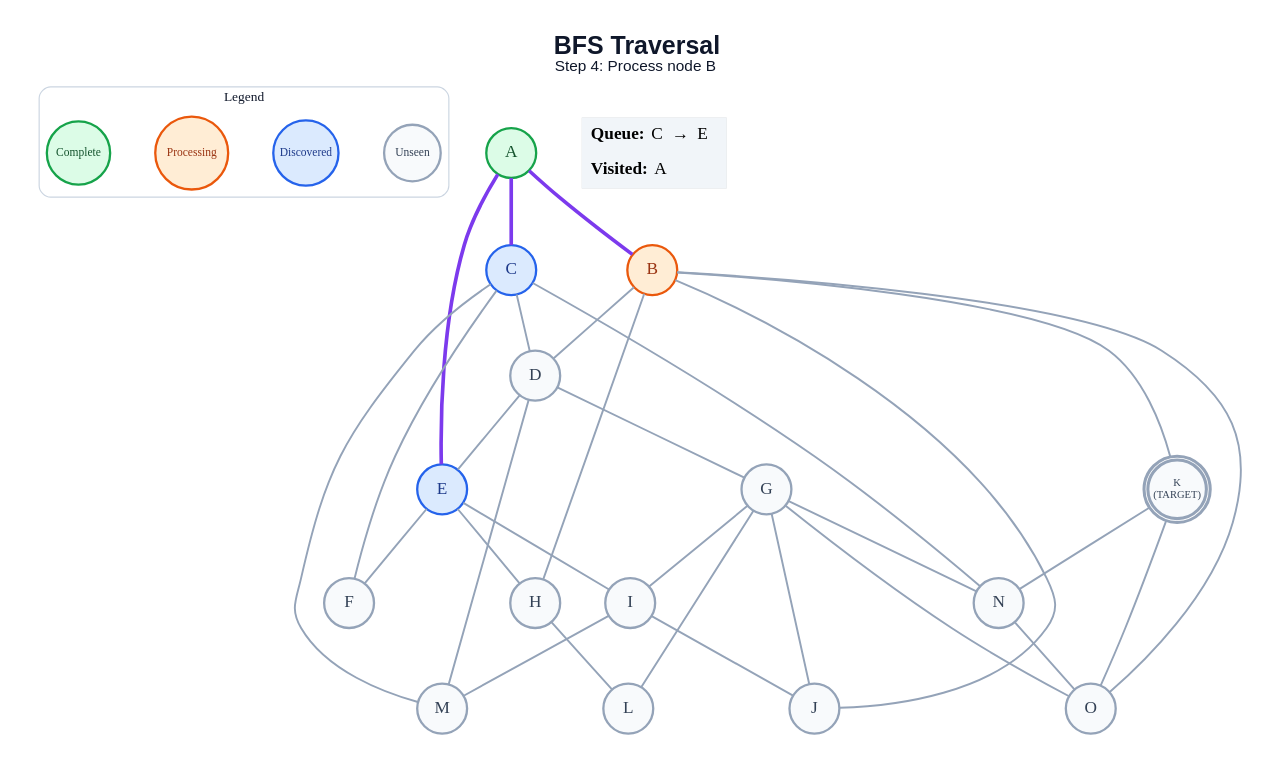
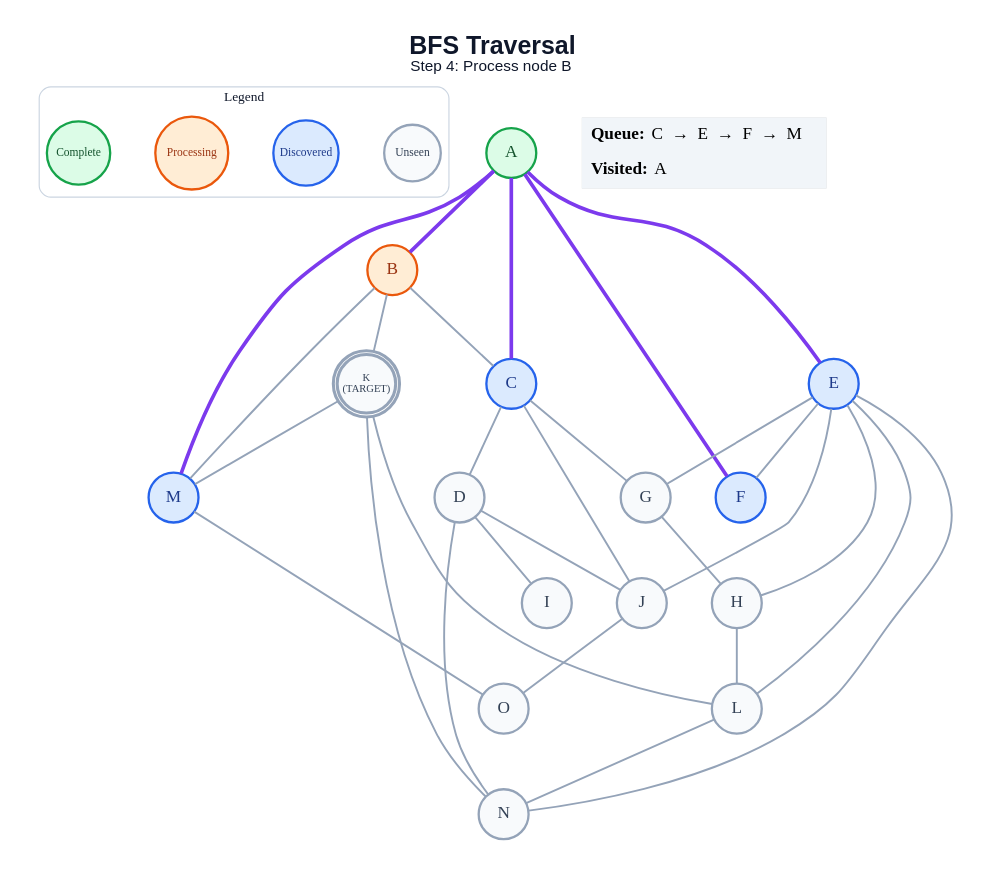
The diagram in generated/short-circuit/bfs/step_04.dot (anon7238593-create/ai-slop), drawn with Graphviz before and after one commit. The commit also changed 209 other files, not shown here.

```diff
--- a/generated/short-circuit/bfs/step_04.dot
+++ b/generated/short-circuit/bfs/step_04.dot
@@ -1,63 +1,62 @@
 graph traversal {
   graph [layout=dot, rankdir=TB, bgcolor="#FFFFFF", pad="0.35", nodesep="0.65", ranksep="0.8", fontname="Arial"];
   node [shape=circle, style="filled", fontname="Arial Bold", fontsize=18, width=0.72, fixedsize=true, penwidth=2.4];
   edge [color="#94A3B8", penwidth=2.0];
   label=<<B>BFS Traversal</B><BR/><FONT POINT-SIZE="16">Step 4: Process node B</FONT>>; labelloc="t"; fontsize=26; fontname="Arial"; fontcolor="#0F172A";
   subgraph cluster_legend { label="Legend"; color="#CBD5E1"; penwidth=1.2; style="rounded"; fontsize=14; fontname="Arial Bold";
     key_unseen [label="Unseen", fillcolor="#F8FAFC", color="#94A3B8", fontcolor="#334155", fontsize=12, width=0.82];
     key_frontier [label="Discovered", fillcolor="#DBEAFE", color="#2563EB", fontcolor="#1E3A8A", fontsize=12, width=0.95];
     key_current [label="Processing", fillcolor="#FFEDD5", color="#EA580C", fontcolor="#9A3412", fontsize=12, width=1.05];
     key_done [label="Complete", fillcolor="#DCFCE7", color="#16A34A", fontcolor="#14532D", fontsize=12, width=0.92];
     { rank=same; key_unseen; key_frontier; key_current; key_done; }
   }
   A [label="A", fillcolor="#DCFCE7", color="#16A34A", fontcolor="#14532D", peripheries=1, penwidth=2.4];
   B [label="B", fillcolor="#FFEDD5", color="#EA580C", fontcolor="#9A3412", peripheries=1, penwidth=2.4];
   C [label="C", fillcolor="#DBEAFE", color="#2563EB", fontcolor="#1E3A8A", peripheries=1, penwidth=2.4];
   D [label="D", fillcolor="#F8FAFC", color="#94A3B8", fontcolor="#334155", peripheries=1, penwidth=2.4];
   E [label="E", fillcolor="#DBEAFE", color="#2563EB", fontcolor="#1E3A8A", peripheries=1, penwidth=2.4];
-  F [label="F", fillcolor="#F8FAFC", color="#94A3B8", fontcolor="#334155", peripheries=1, penwidth=2.4];
+  F [label="F", fillcolor="#DBEAFE", color="#2563EB", fontcolor="#1E3A8A", peripheries=1, penwidth=2.4];
   G [label="G", fillcolor="#F8FAFC", color="#94A3B8", fontcolor="#334155", peripheries=1, penwidth=2.4];
   H [label="H", fillcolor="#F8FAFC", color="#94A3B8", fontcolor="#334155", peripheries=1, penwidth=2.4];
   I [label="I", fillcolor="#F8FAFC", color="#94A3B8", fontcolor="#334155", peripheries=1, penwidth=2.4];
   J [label="J", fillcolor="#F8FAFC", color="#94A3B8", fontcolor="#334155", peripheries=1, penwidth=2.4];
   K [label="K\n(TARGET)", fillcolor="#F8FAFC", color="#94A3B8", fontcolor="#334155", peripheries=2, penwidth=3.2, fontsize=11, width=0.85, height=0.85];
   L [label="L", fillcolor="#F8FAFC", color="#94A3B8", fontcolor="#334155", peripheries=1, penwidth=2.4];
-  M [label="M", fillcolor="#F8FAFC", color="#94A3B8", fontcolor="#334155", peripheries=1, penwidth=2.4];
+  M [label="M", fillcolor="#DBEAFE", color="#2563EB", fontcolor="#1E3A8A", peripheries=1, penwidth=2.4];
   N [label="N", fillcolor="#F8FAFC", color="#94A3B8", fontcolor="#334155", peripheries=1, penwidth=2.4];
   O [label="O", fillcolor="#F8FAFC", color="#94A3B8", fontcolor="#334155", peripheries=1, penwidth=2.4];
   A -- B [color="#7C3AED", penwidth=3.8];
   A -- C [color="#7C3AED", penwidth=3.8];
   A -- E [color="#7C3AED", penwidth=3.8];
-  B -- D;
-  B -- H;
-  B -- J;
+  A -- F [color="#7C3AED", penwidth=3.8];
+  A -- M [color="#7C3AED", penwidth=3.8];
+  B -- C;
   B -- K;
-  B -- O;
+  B -- M;
   C -- D;
-  C -- F;
-  C -- M;
-  C -- N;
-  D -- E;
-  D -- G;
-  D -- M;
+  C -- G;
+  C -- J;
+  D -- I;
+  D -- J;
+  D -- N;
   E -- F;
+  E -- G;
   E -- H;
-  E -- I;
-  G -- I;
-  G -- J;
-  G -- L;
-  G -- N;
-  G -- O;
+  E -- J;
+  E -- L;
+  E -- N;
+  G -- H;
   H -- L;
-  I -- J;
-  I -- M;
+  J -- O;
+  K -- L;
+  K -- M;
   K -- N;
-  K -- O;
-  N -- O;
+  L -- N;
+  M -- O;
   status [shape=plain, fixedsize=false, width=0, height=0, margin=0, label=<
     <TABLE BORDER="0" CELLBORDER="0" CELLPADDING="7" BGCOLOR="#F1F5F9">
-      <TR><TD ALIGN="LEFT"><B>Queue:</B> C  →  E</TD></TR>
+      <TR><TD ALIGN="LEFT"><B>Queue:</B> C  →  E  →  F  →  M</TD></TR>
       <TR><TD ALIGN="LEFT"><B>Visited:</B> A</TD></TR>
     </TABLE>
   >];
 }
```
